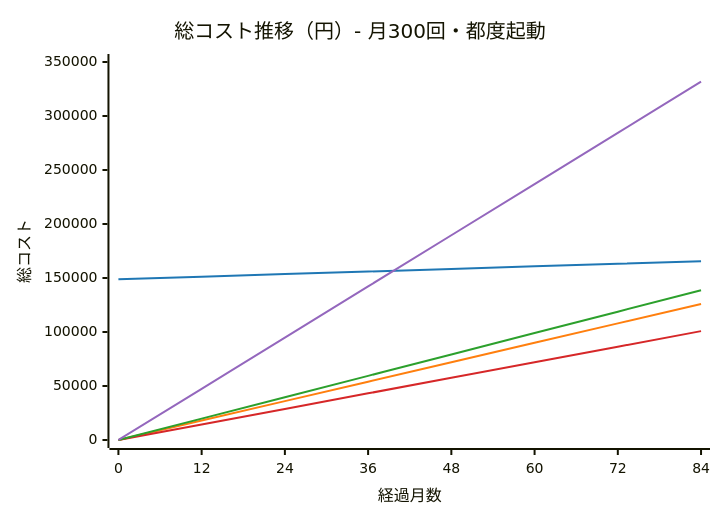
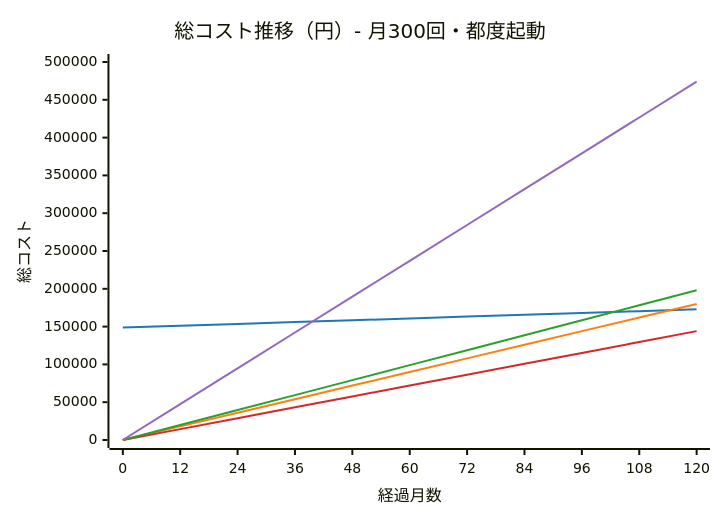
The diagram in docs/infrastructure-comparison.md (ot-nemoto/auto-pilot-g4), drawn with Mermaid before and after one commit.

Commit message:
docs: 総コスト推移グラフを120ヶ月に拡張
x軸を84ヶ月→120ヶ月に延長、y軸を350,000→500,000に調整。

````diff
--- a/docs/infrastructure-comparison.md
+++ b/docs/infrastructure-comparison.md
@@ -34,12 +34,12 @@
 ```mermaid
 %%{init: {'theme': 'base', 'themeVariables': {'xyChart': {'plotColorPalette': '#1f77b4,#ff7f0e,#d62728,#2ca02c,#9467bd'}}}}%%
 xychart-beta
     title "総コスト推移（円）- 月300回・都度起動"
-    x-axis "経過月数" [0, 12, 24, 36, 48, 60, 72, 84]
-    y-axis "総コスト" 0 --> 350000
-    line "Mac mini" [148800, 151200, 153600, 156000, 158400, 160800, 163200, 165600]
-    line "Vast.ai" [0, 18000, 36000, 54000, 72000, 90000, 108000, 126000]
-    line "AWS Spot" [0, 14400, 28800, 43200, 57600, 72000, 86400, 100800]
-    line "RunPod" [0, 19800, 39600, 59400, 79200, 99000, 118800, 138600]
-    line "AWS On-demand" [0, 47400, 94800, 142200, 189600, 237000, 284400, 331800]
+    x-axis "経過月数" [0, 12, 24, 36, 48, 60, 72, 84, 96, 108, 120]
+    y-axis "総コスト" 0 --> 500000
+    line "Mac mini" [148800, 151200, 153600, 156000, 158400, 160800, 163200, 165600, 168000, 170400, 172800]
+    line "Vast.ai" [0, 18000, 36000, 54000, 72000, 90000, 108000, 126000, 144000, 162000, 180000]
+    line "AWS Spot" [0, 14400, 28800, 43200, 57600, 72000, 86400, 100800, 115200, 129600, 144000]
+    line "RunPod" [0, 19800, 39600, 59400, 79200, 99000, 118800, 138600, 158400, 178200, 198000]
+    line "AWS On-demand" [0, 47400, 94800, 142200, 189600, 237000, 284400, 331800, 379200, 426600, 474000]
 ```
````
